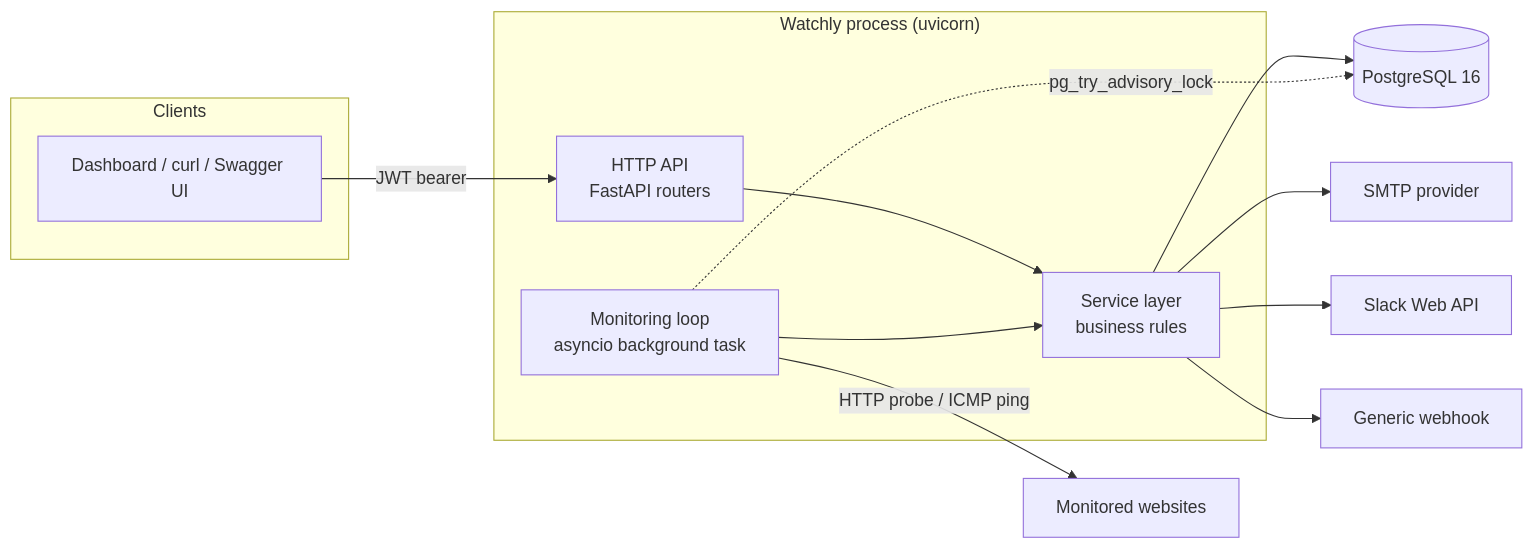
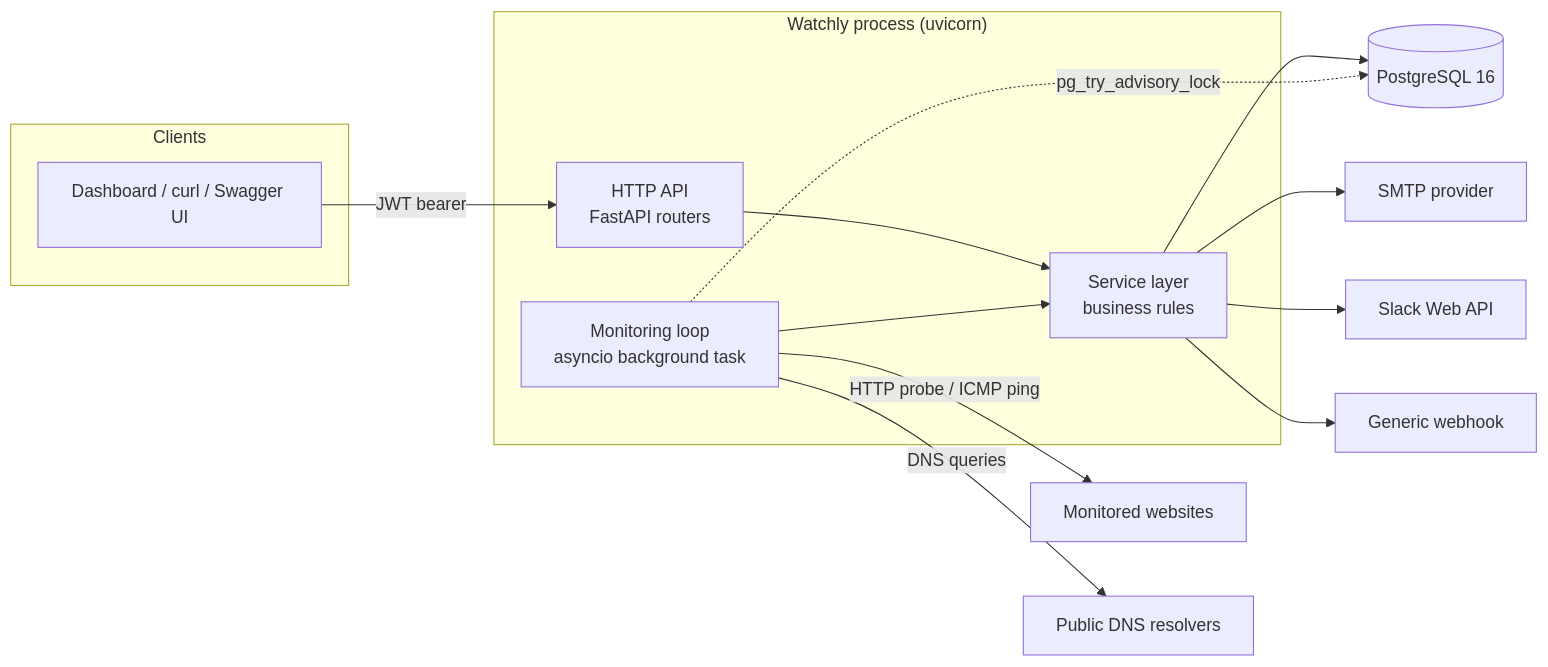
The first of 6 diagrams in doc/hld.md (TahjibNil75/watchly), drawn with Mermaid before and after one commit. The commit also changed other lines of this file and 29 other files, not shown here.

````diff
--- a/doc/hld.md
+++ b/doc/hld.md
@@ -46,28 +46,30 @@
 ```mermaid
 flowchart LR
     subgraph client["Clients"]
         UI["Dashboard / curl / Swagger UI"]
     end
 
     subgraph proc["Watchly process (uvicorn)"]
         API["HTTP API<br/>FastAPI routers"]
         LOOP["Monitoring loop<br/>asyncio background task"]
         SVC["Service layer<br/>business rules"]
     end
 
     DB[("PostgreSQL 16")]
     TARGETS["Monitored websites"]
+    RESOLVERS["Public DNS resolvers"]
     SMTP["SMTP provider"]
     SLACK["Slack Web API"]
     HOOK["Generic webhook"]
 
     UI -->|"JWT bearer"| API
     API --> SVC
     LOOP --> SVC
     SVC --> DB
     LOOP -->|"HTTP probe / ICMP ping"| TARGETS
+    LOOP -->|"DNS queries"| RESOLVERS
     SVC --> SMTP
     SVC --> SLACK
     SVC --> HOOK
     LOOP -.->|"pg_try_advisory_lock"| DB
 ```
````
